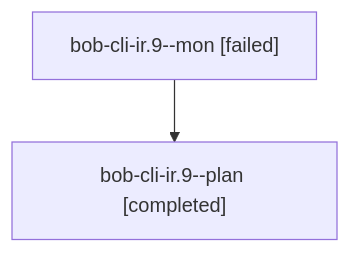
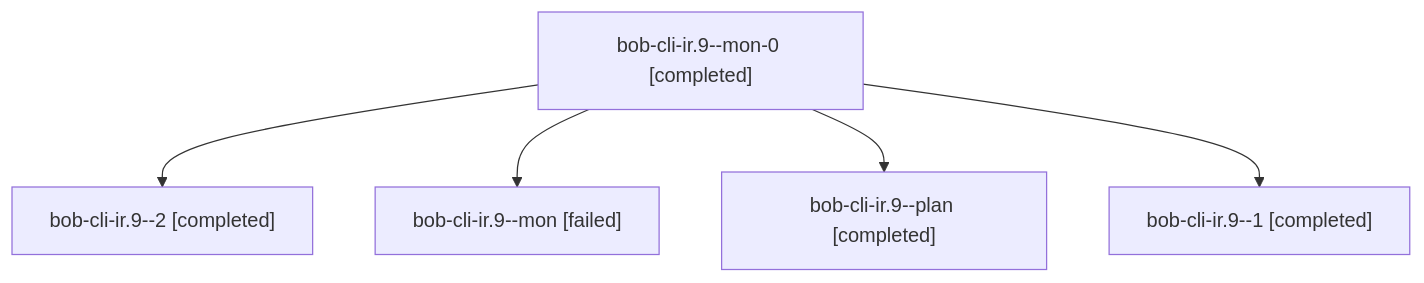
One commit to bobs-org/bob-cli--agents changed the diagram in sessions/bbugyi200.athena.bob-cli-ir.9.md. Above: the diagram before and after it, drawn with Mermaid. The commit also changed other lines of this file and 115 other files, not shown here.

````diff
--- a/sessions/bbugyi200.athena.bob-cli-ir.9.md
+++ b/sessions/bbugyi200.athena.bob-cli-ir.9.md
@@ -9,6 +9,12 @@
 ```mermaid
 flowchart TD
-  n0["bob-cli-ir.9--mon [failed]"]
-  n1["bob-cli-ir.9--plan [completed]"]
+  n0["bob-cli-ir.9--mon-0 [completed]"]
+  n1["bob-cli-ir.9--2 [completed]"]
   n0 --> n1
+  n2["bob-cli-ir.9--mon [failed]"]
+  n0 --> n2
+  n3["bob-cli-ir.9--plan [completed]"]
+  n0 --> n3
+  n4["bob-cli-ir.9--1 [completed]"]
+  n0 --> n4
 ```
````
